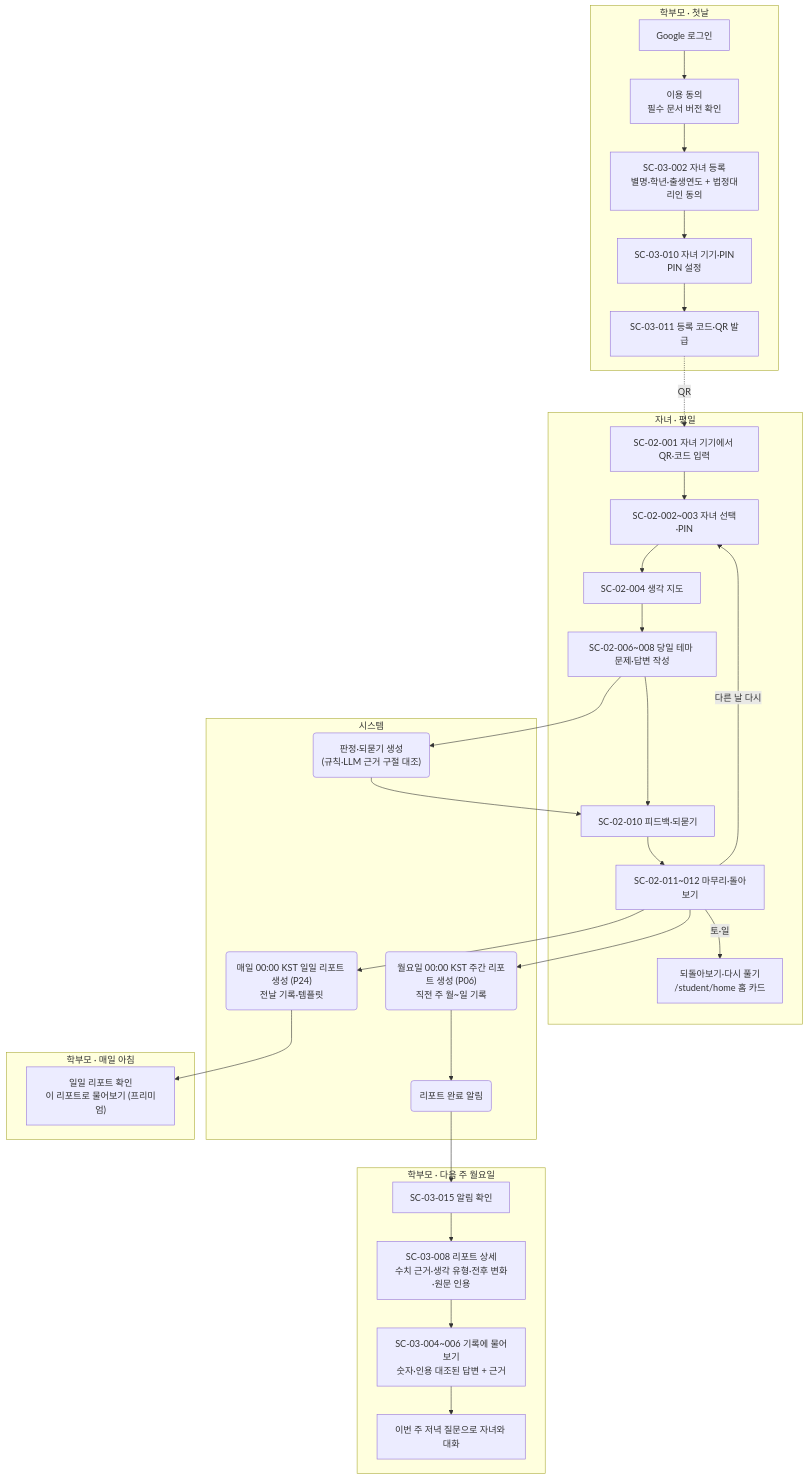
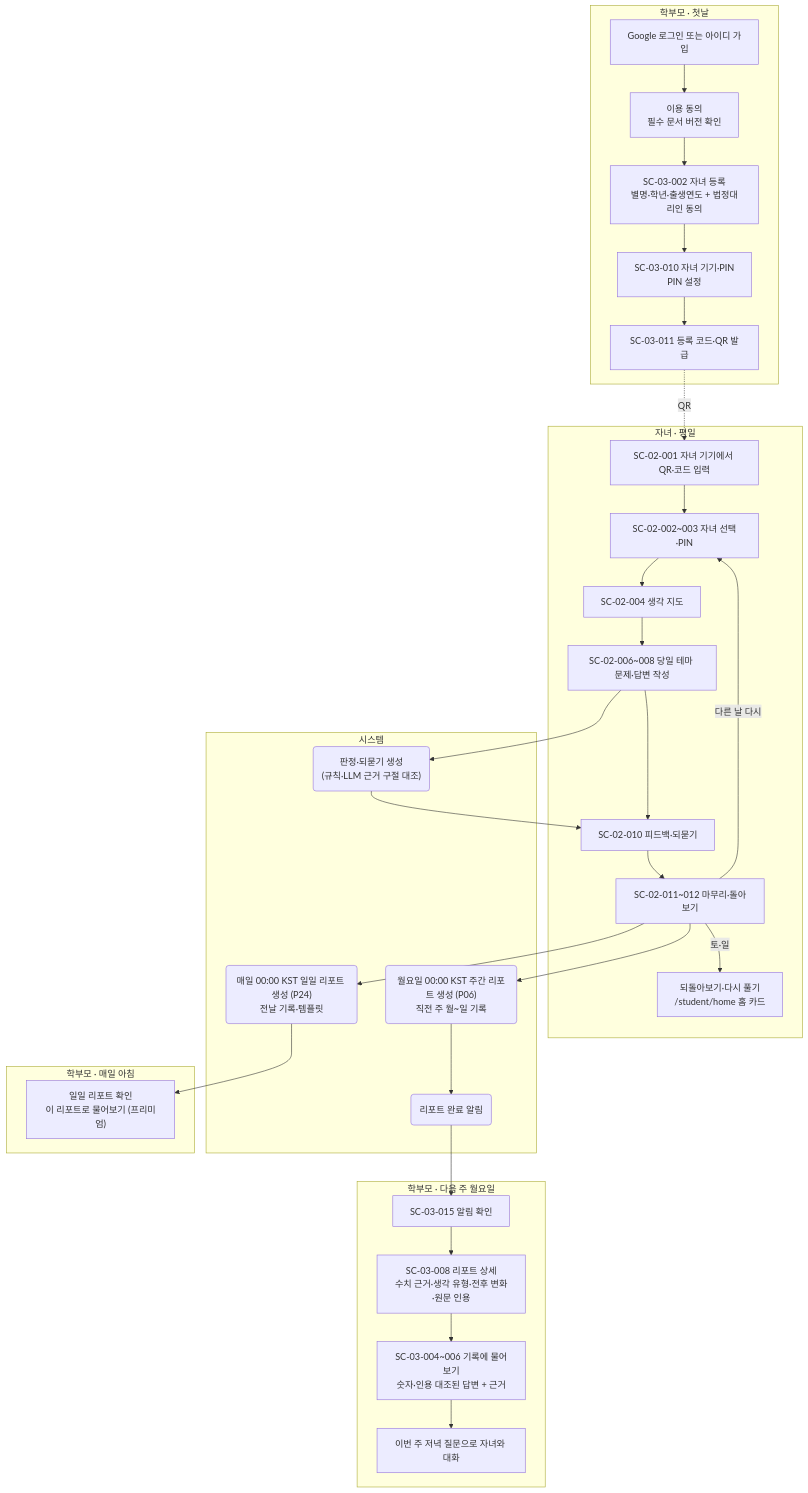
Before and after one commit to SKNETWORKS-FAMILY-AICAMP/SKN34-FINAL-3TEAM: the fifth of 12 diagrams in docs/design/user-flow.md, drawn with Mermaid. The commit also changed other lines of this file and 61 other files, not shown here.

````diff
--- a/docs/design/user-flow.md
+++ b/docs/design/user-flow.md
@@ -192,41 +198,41 @@
 ```mermaid
 flowchart TD
   subgraph P1["학부모 · 첫날"]
-    A1["Google 로그인"] --> A2["이용 동의<br/>필수 문서 버전 확인"]
+    A1["Google 로그인 또는 아이디 가입"] --> A2["이용 동의<br/>필수 문서 버전 확인"]
     A2 --> A3["SC-03-002 자녀 등록<br/>별명·학년·출생연도 + 법정대리인 동의"]
     A3 --> A4["SC-03-010 자녀 기기·PIN<br/>PIN 설정"]
     A4 --> A5["SC-03-011 등록 코드·QR 발급"]
   end
 
   subgraph S1["자녀 · 평일"]
     B1["SC-02-001 자녀 기기에서 QR·코드 입력"] --> B2["SC-02-002~003 자녀 선택·PIN"]
     B2 --> B3["SC-02-004 생각 지도"]
     B3 --> B4["SC-02-006~008 당일 테마 문제·답변 작성"]
     B4 --> B5["SC-02-010 피드백·되묻기"]
     B5 --> B6["SC-02-011~012 마무리·돌아보기"]
     B6 -->|"다른 날 다시"| B2
     B6 -->|"토·일"| B7["되돌아보기·다시 풀기<br/>/student/home 홈 카드"]
   end
 
   subgraph SYS["시스템"]
     C1("판정·되묻기 생성<br/>(규칙·LLM 근거 구절 대조)")
     C2("월요일 00:00 KST 주간 리포트 생성 (P06)<br/>직전 주 월~일 기록")
     C3("리포트 완료 알림")
     C4("매일 00:00 KST 일일 리포트 생성 (P24)<br/>전날 기록·템플릿")
   end
 
   subgraph P0["학부모 · 매일 아침"]
     D0["일일 리포트 확인<br/>이 리포트로 물어보기 (프리미엄)"]
   end
 
   subgraph P2["학부모 · 다음 주 월요일"]
     D1["SC-03-015 알림 확인"] --> D2["SC-03-008 리포트 상세<br/>수치 근거·생각 유형·전후 변화·원문 인용"]
     D2 --> D3["SC-03-004~006 기록에 물어보기<br/>숫자·인용 대조된 답변 + 근거"]
     D3 --> D4["이번 주 저녁 질문으로 자녀와 대화"]
   end
 
   A5 -.->|"QR"| B1
   B4 --> C1 --> B5
   B6 --> C2 --> C3 --> D1
   B6 --> C4 --> D0
 ```
````
